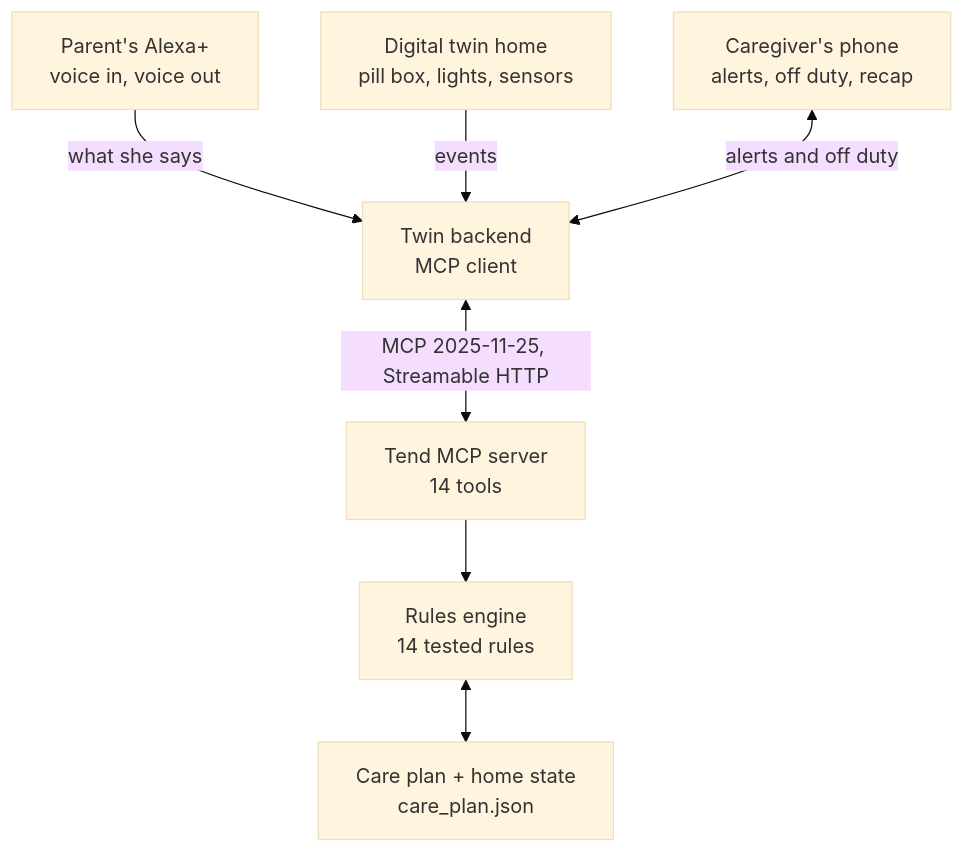
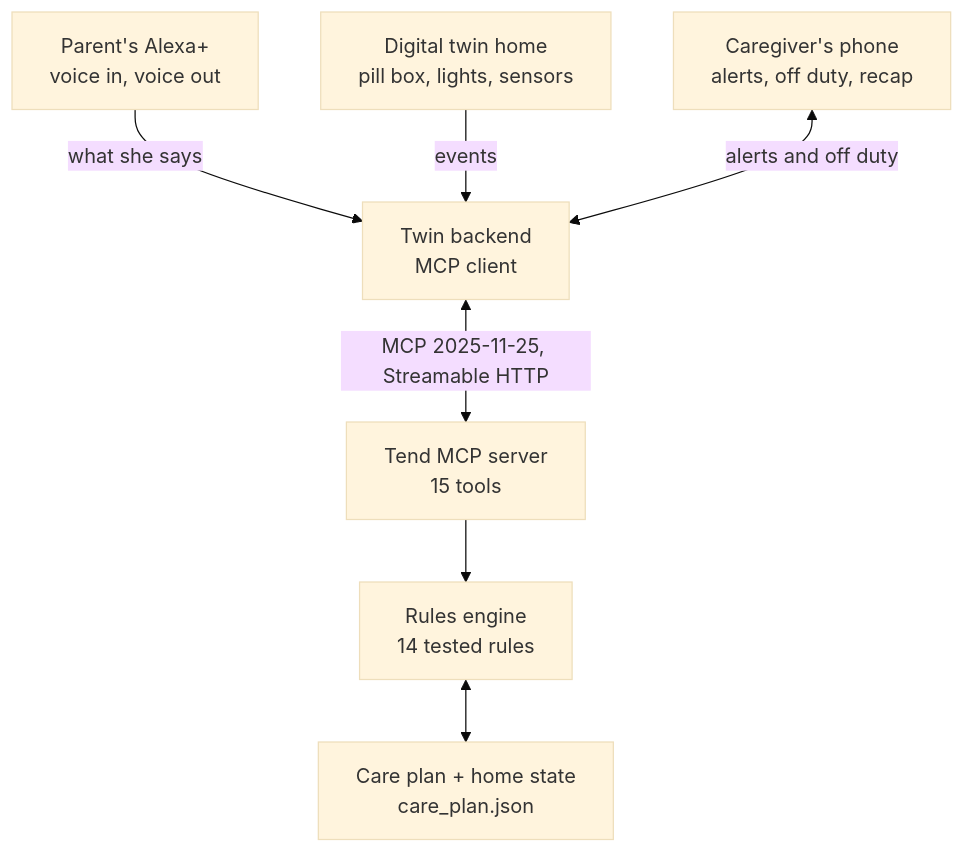
One commit to fsafva13-coder/tend changed the diagram in README.md. Above: the diagram before and after it, drawn with Mermaid (base theme). The commit also changed other lines of this file and 8 other files, not shown here.

````diff
--- a/README.md
+++ b/README.md
@@ -90,9 +91,9 @@
 ```mermaid
 flowchart TD
     A["Parent's Alexa+<br/>voice in, voice out"] -->|what she says| B
     H["Digital twin home<br/>pill box, lights, sensors"] -->|events| B
     P["Caregiver's phone<br/>alerts, off duty, recap"] <-->|alerts and off duty| B
-    B["Twin backend<br/>MCP client"] <-->|MCP 2025-11-25, Streamable HTTP| S["Tend MCP server<br/>14 tools"]
+    B["Twin backend<br/>MCP client"] <-->|MCP 2025-11-25, Streamable HTTP| S["Tend MCP server<br/>15 tools"]
     S --> E["Rules engine<br/>14 tested rules"]
     E <--> C["Care plan + home state<br/>care_plan.json"]
 ```
````
